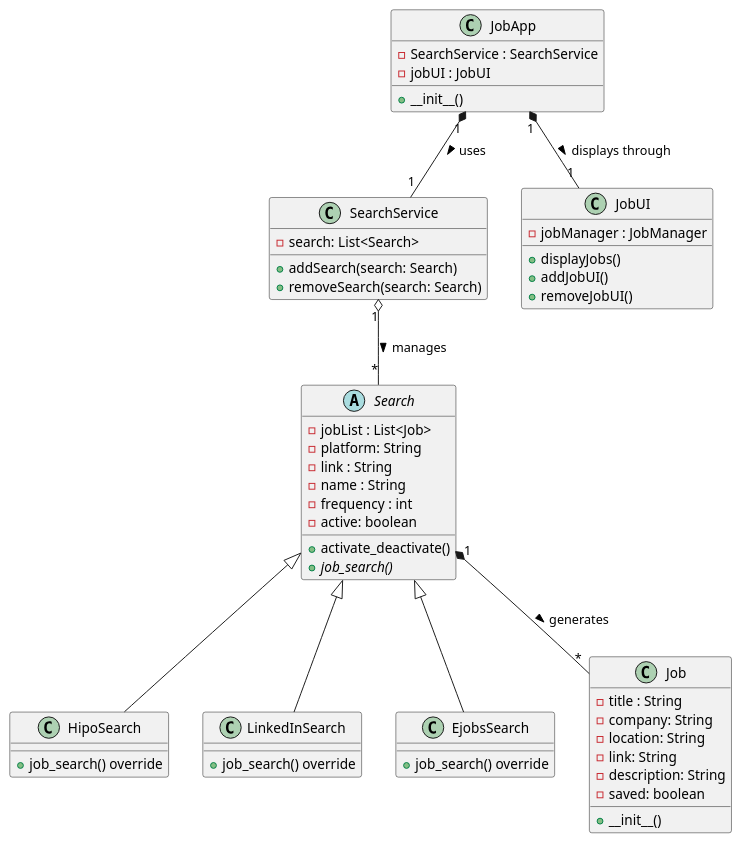
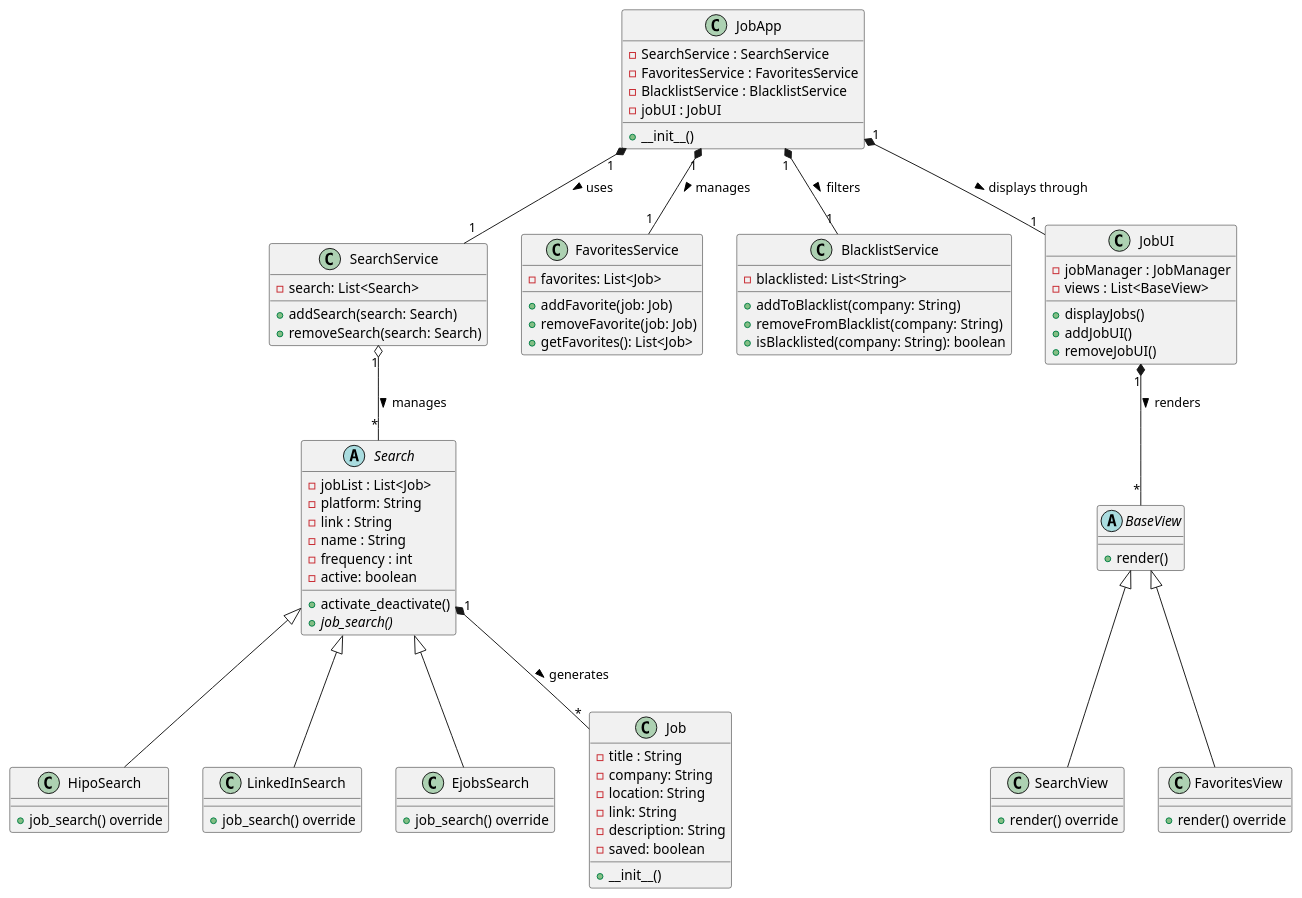
The diagram in UMLDiagram/diagram.puml (keenan0/job_scraper), drawn with PlantUML before and after one commit. The commit also changed 4 other files, not shown here.

```diff
--- a/UMLDiagram/diagram.puml
+++ b/UMLDiagram/diagram.puml
@@ -1,59 +1,93 @@
 @startuml
 
 class JobApp {
   -SearchService : SearchService
+  -FavoritesService : FavoritesService
+  -BlacklistService : BlacklistService
   -jobUI : JobUI
   +__init__()
-  
 }
+
 class SearchService {
-  
   -search: List<Search>
   +addSearch(search: Search)
   +removeSearch(search: Search)
-  
 }
+
+class FavoritesService {
+  -favorites: List<Job>
+  +addFavorite(job: Job)
+  +removeFavorite(job: Job)
+  +getFavorites(): List<Job>
+}
+
+class BlacklistService {
+  -blacklisted: List<String>
+  +addToBlacklist(company: String)
+  +removeFromBlacklist(company: String)
+  +isBlacklisted(company: String): boolean
+}
+
 class JobUI {
   -jobManager : JobManager
+  -views : List<BaseView>
   +displayJobs()
   +addJobUI()
   +removeJobUI()
+}
+
+abstract class BaseView {
+  +render()
+}
+
+class SearchView extends BaseView {
+  +render() override
+}
+
+class FavoritesView extends BaseView {
+  +render() override
 }
 
 abstract class Search {
   -jobList : List<Job>
   -platform: String
   -link : String
   -name : String
   -frequency : int
   -active: boolean
   +activate_deactivate()
   +{abstract} job_search()
-  
 }
+
 class HipoSearch extends Search {
   +job_search() override
 }
+
 class LinkedInSearch extends Search {
   +job_search() override
 }
+
 class EjobsSearch extends Search {
   +job_search() override
 }
 
-class Job   {
+class Job {
   -title : String
   -company: String
   -location: String
   -link: String
   -description: String
   -saved: boolean
   +__init__() 
 }
+
 JobApp "1" *-- "1" SearchService : uses >
+JobApp "1" *-- "1" FavoritesService : manages >
+JobApp "1" *-- "1" BlacklistService : filters >
 JobApp "1" *-- "1" JobUI : displays through >
 
 SearchService "1" o-- "*" Search : manages >
 Search "1" *-- "*" Job : generates >
+JobUI "1" *-- "*" BaseView : renders >
 
 @enduml
```
